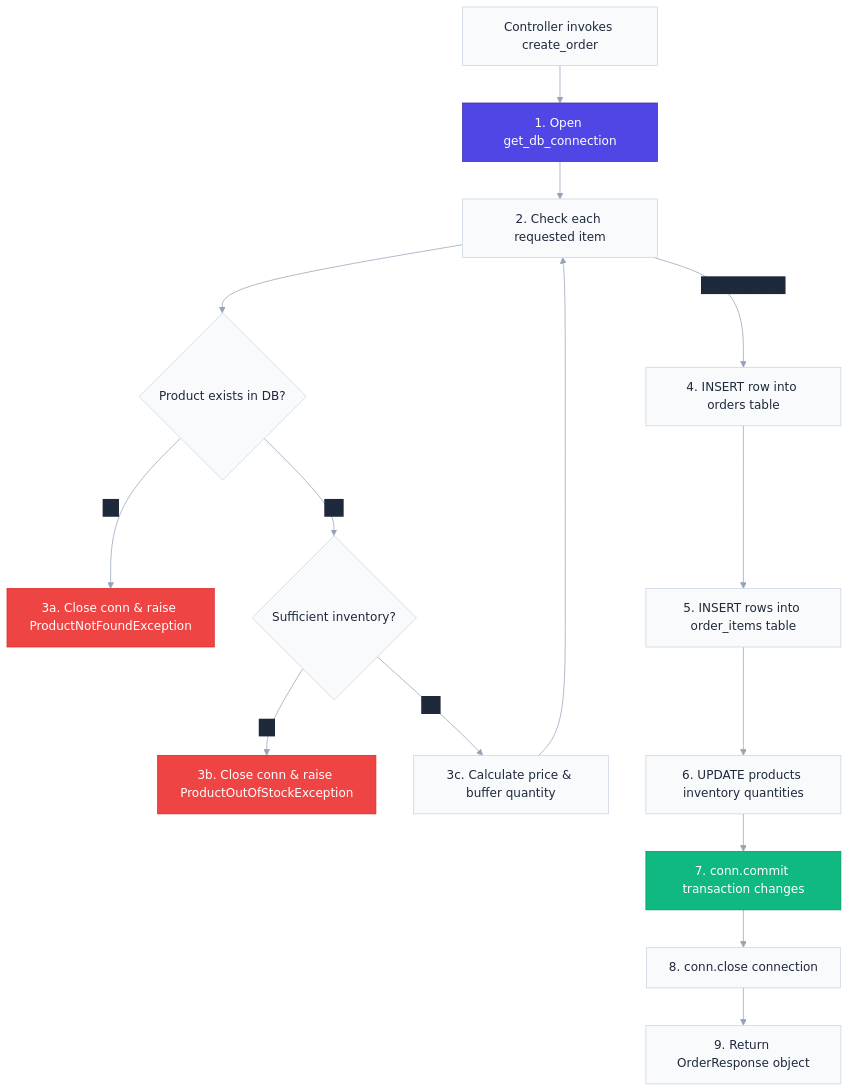
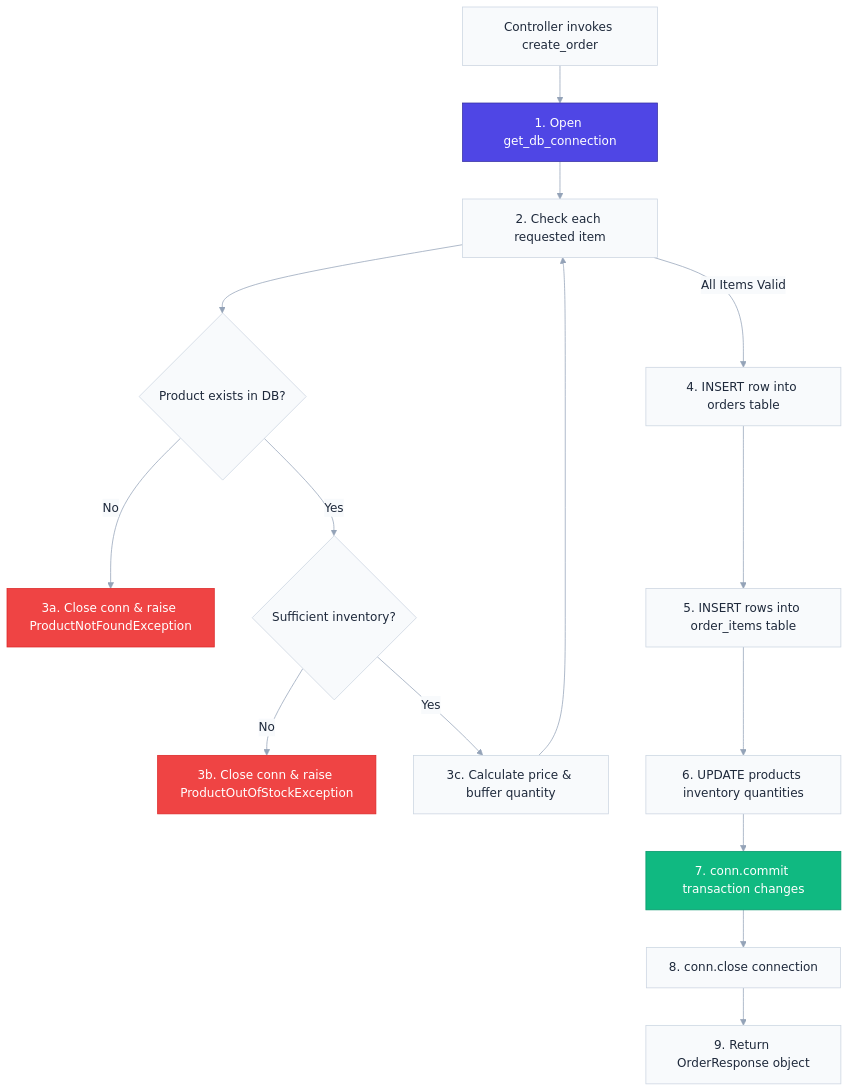
One commit to nakul-cloud/ecommerce-api changed the diagram in app/services/README.md. Above: the diagram before and after it, drawn with Mermaid.

Commit message:
docs: add service layer documentation and sample application logs

````diff
--- a/app/services/README.md
+++ b/app/services/README.md
@@ -28,23 +28,23 @@
 ```mermaid
-%%{init: {'theme': 'base', 'themeVariables': {'primaryColor': '#4f46e5', 'primaryTextColor': '#1e293b', 'primaryBorderColor': '#3730a3', 'lineColor': '#94a3b8', 'secondaryColor': '#10b981', 'tertiaryColor': '#f59e0b', 'background': '#ffffff', 'mainBkg': '#f8fafc', 'nodeBorder': '#cbd5e1', 'nodeTextColor': '#1e293b', 'textColor': '#ffffff', 'titleColor': '#ffffff', 'edgeLabelBackground': '#1e293b', 'clusterBkg': '#f1f5f9', 'clusterBorder': '#e2e8f0'}}}%%
+%%{init: {'theme': 'base', 'themeVariables': {'primaryColor': '#4f46e5', 'primaryTextColor': '#1e293b', 'primaryBorderColor': '#3730a3', 'lineColor': '#94a3b8', 'secondaryColor': '#10b981', 'tertiaryColor': '#f59e0b', 'background': '#ffffff', 'mainBkg': '#f8fafc', 'nodeBorder': '#cbd5e1', 'nodeTextColor': '#1e293b', 'textColor': '#ffffff', 'titleColor': '#ffffff', 'edgeLabelBackground': '#f8fafc', 'clusterBkg': '#f1f5f9', 'clusterBorder': '#e2e8f0'}}}%%
 flowchart TD
     Start[Controller invokes create_order] --> DBConn[1. Open get_db_connection]
     DBConn --> LoopItems[2. Check each requested item]
     LoopItems --> CheckProd{Product exists in DB?}
     CheckProd -->|No| RaiseNF[3a. Close conn & raise ProductNotFoundException]
     CheckProd -->|Yes| CheckStock{Sufficient inventory?}
     CheckStock -->|No| RaiseOOS[3b. Close conn & raise ProductOutOfStockException]
     CheckStock -->|Yes| CalcPrice[3c. Calculate price & buffer quantity]
     CalcPrice --> LoopItems
     LoopItems -->|All Items Valid| InsertOrder[4. INSERT row into orders table]
     InsertOrder --> InsertItems[5. INSERT rows into order_items table]
     InsertItems --> DeductStock[6. UPDATE products inventory quantities]
     DeductStock --> Commit[7. conn.commit transaction changes]
     Commit --> CloseConn[8. conn.close connection]
     CloseConn --> ReturnRes[9. Return OrderResponse object]
     
     style DBConn fill:#4f46e5,stroke:#3730a3,color:#ffffff
     style Commit fill:#10b981,stroke:#059669,color:#ffffff
     style RaiseNF fill:#ef4444,stroke:#dc2626,color:#ffffff
     style RaiseOOS fill:#ef4444,stroke:#dc2626,color:#ffffff
 ```
````
